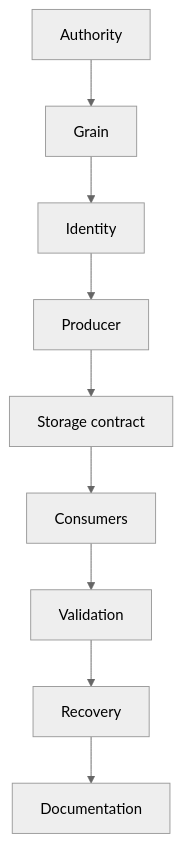
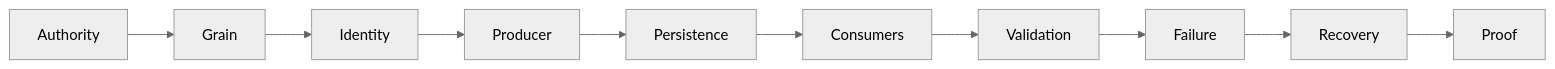
Before and after one commit to tks18/personal-finance-etl: the third of 6 diagrams in docs/developer/README.md, drawn with Mermaid (neutral theme). The commit also changed other lines of this file and 8 other files, not shown here.

````diff
--- a/docs/developer/README.md
+++ b/docs/developer/README.md
@@ -51,11 +84,12 @@
 ```mermaid
-flowchart TD
+flowchart LR
     A[Authority] --> G[Grain]
     G --> I[Identity]
     I --> P[Producer]
-    P --> S[Storage contract]
+    P --> S[Persistence]
     S --> C[Consumers]
     C --> V[Validation]
-    V --> R[Recovery]
-    R --> D[Documentation]
+    V --> F[Failure]
+    F --> R[Recovery]
+    R --> T[Proof]
 ```
````
